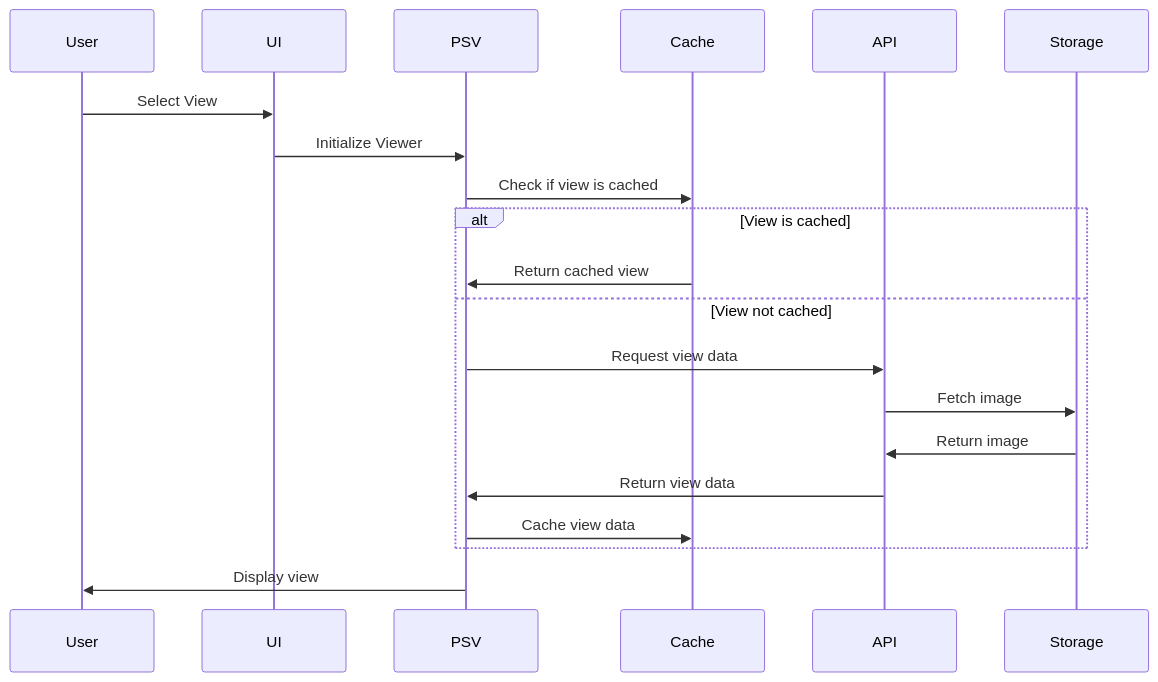
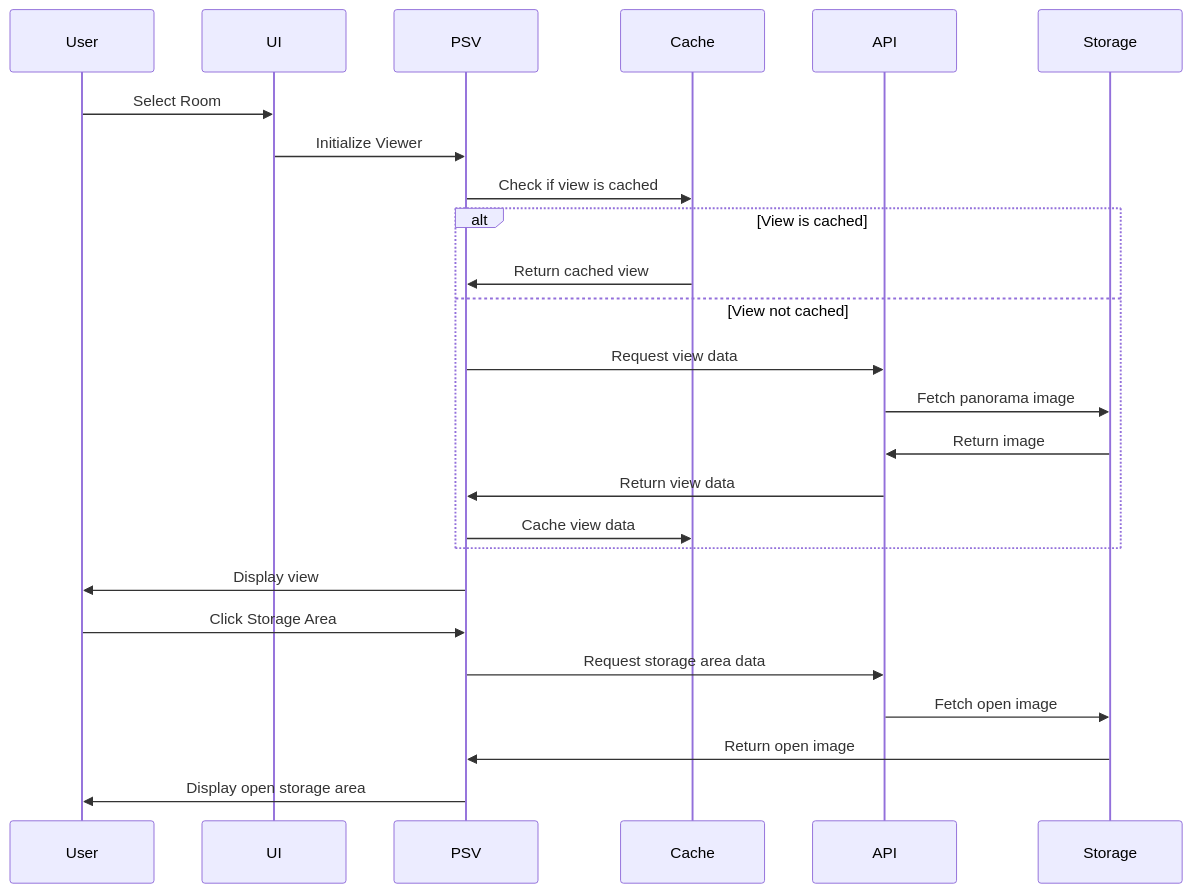
The third of 9 diagrams in docs/ARCHITECTURE.md (straiforos/kitchen-360), drawn with Mermaid before and after one commit. The commit also changed other lines of this file and 1 other file, not shown here.

First line of the commit message:
Enhance architecture documentation with StorageArea and ViewConnection models

````diff
--- a/docs/ARCHITECTURE.md
+++ b/docs/ARCHITECTURE.md
@@ -143,23 +151,29 @@
 ```mermaid
 sequenceDiagram
     participant User
     participant UI
     participant PSV
     participant Cache
     participant API
     participant Storage
 
-    User->>UI: Select View
+    User->>UI: Select Room
     UI->>PSV: Initialize Viewer
     PSV->>Cache: Check if view is cached
     alt View is cached
         Cache->>PSV: Return cached view
     else View not cached
         PSV->>API: Request view data
-        API->>Storage: Fetch image
+        API->>Storage: Fetch panorama image
         Storage->>API: Return image
         API->>PSV: Return view data
         PSV->>Cache: Cache view data
     end
     PSV->>User: Display view
+    
+    User->>PSV: Click Storage Area
+    PSV->>API: Request storage area data
+    API->>Storage: Fetch open image
+    Storage->>PSV: Return open image
+    PSV->>User: Display open storage area
 ```
````
